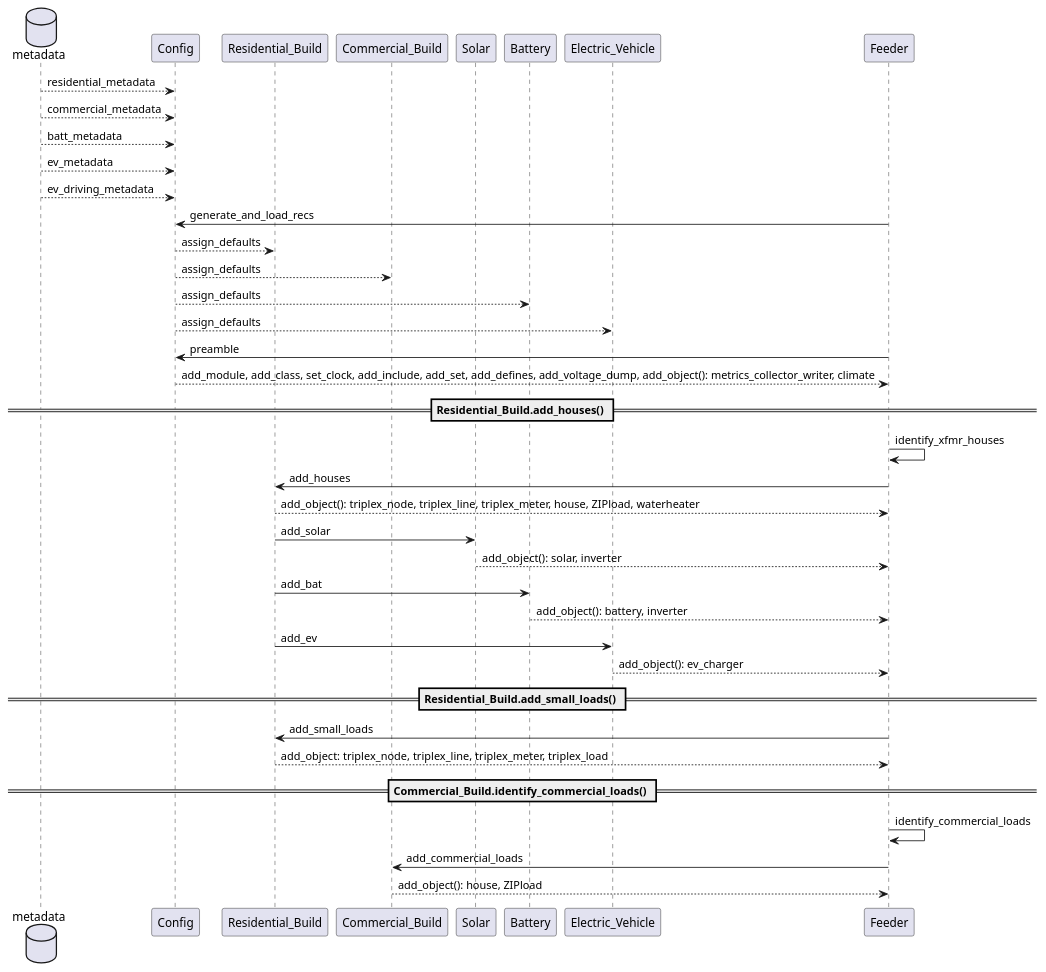
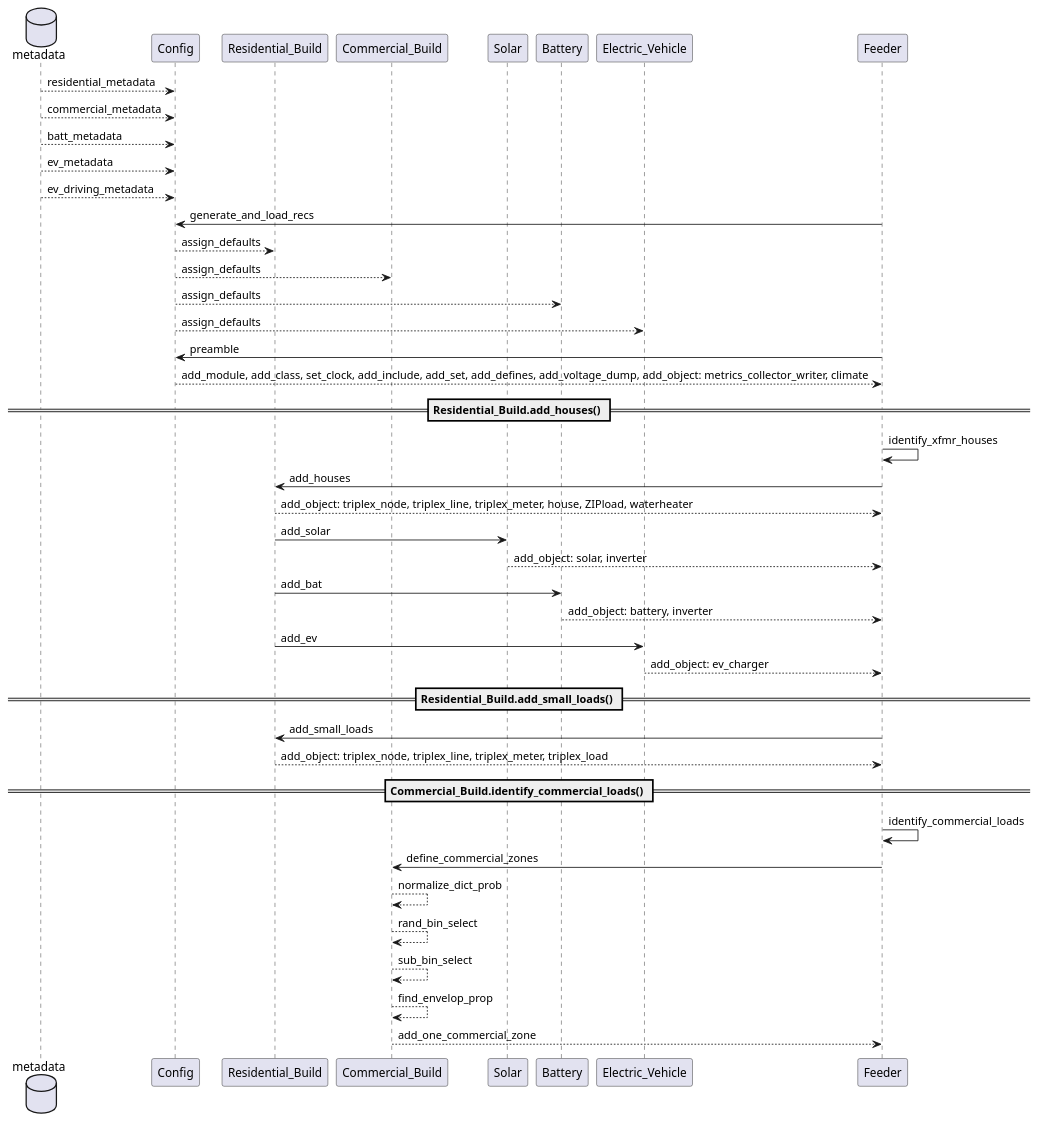
The diagram in doc/design/feeder_generator/gld_residential_feeder_sequence.wsd (pnnl/tesp), drawn with PlantUML before and after one commit. The commit also changed 2 other files, not shown here.

Commit message:
Update documentation for gld_residential_feeder.py

```diff
--- a/doc/design/feeder_generator/gld_residential_feeder_sequence.wsd
+++ b/doc/design/feeder_generator/gld_residential_feeder_sequence.wsd
@@ -1,46 +1,49 @@
 @startuml gld_residential_feeder_sequence.wsd
 database metadata
 participant Config
 participant Residential_Build
 participant Commercial_Build
 participant Solar 
 participant Battery 
 participant Electric_Vehicle
 participant Feeder
 
 metadata --> Config: residential_metadata
 metadata --> Config: commercial_metadata
 metadata --> Config: batt_metadata
 metadata --> Config: ev_metadata
 metadata --> Config: ev_driving_metadata
 
 Feeder -> Config: generate_and_load_recs
 Config --> Residential_Build: assign_defaults
 Config --> Commercial_Build: assign_defaults
 Config --> Battery: assign_defaults
 Config --> Electric_Vehicle: assign_defaults
 Feeder -> Config: preamble
-Config -->  Feeder: add_module, add_class, set_clock, add_include, add_set, add_defines, add_voltage_dump, add_object(): metrics_collector_writer, climate
+Config -->  Feeder: add_module, add_class, set_clock, add_include, add_set, add_defines, add_voltage_dump, add_object: metrics_collector_writer, climate
 
 == Residential_Build.add_houses() ==
 Feeder -> Feeder: identify_xfmr_houses
 Feeder -> Residential_Build: add_houses
-return add_object(): triplex_node, triplex_line, triplex_meter, house, ZIPload, waterheater
+return add_object: triplex_node, triplex_line, triplex_meter, house, ZIPload, waterheater
 Residential_Build -> Solar: add_solar
-Solar --> Feeder: add_object(): solar, inverter
+Solar --> Feeder: add_object: solar, inverter
 Residential_Build -> Battery: add_bat
-Battery --> Feeder: add_object(): battery, inverter
+Battery --> Feeder: add_object: battery, inverter
 Residential_Build -> Electric_Vehicle: add_ev
-Electric_Vehicle --> Feeder: add_object(): ev_charger
+Electric_Vehicle --> Feeder: add_object: ev_charger
 
 == Residential_Build.add_small_loads() ==
 Feeder -> Residential_Build: add_small_loads
 Residential_Build --> Feeder: add_object: triplex_node, triplex_line, triplex_meter, triplex_load
 
 == Commercial_Build.identify_commercial_loads() ==
 Feeder -> Feeder: identify_commercial_loads
-Feeder -> Commercial_Build: add_commercial_loads
-
-Commercial_Build --> Feeder: add_object(): house, ZIPload
+Feeder -> Commercial_Build: define_commercial_zones
+Commercial_Build --> Commercial_Build: normalize_dict_prob
+Commercial_Build --> Commercial_Build: rand_bin_select 
+Commercial_Build --> Commercial_Build: sub_bin_select
+Commercial_Build --> Commercial_Build: find_envelop_prop
+Commercial_Build --> Feeder: add_one_commercial_zone
 
 @enduml
```
